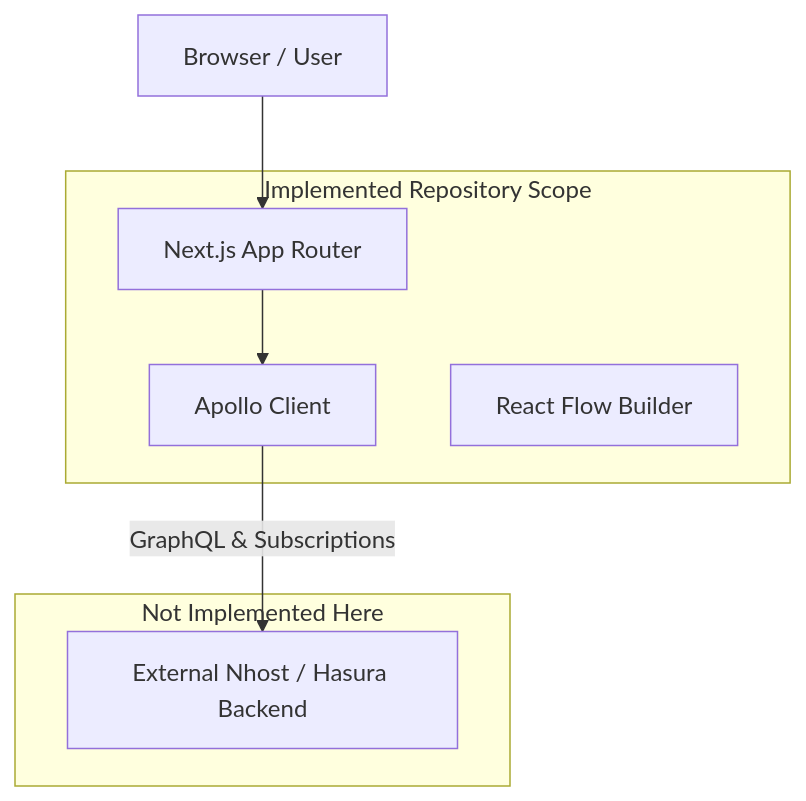
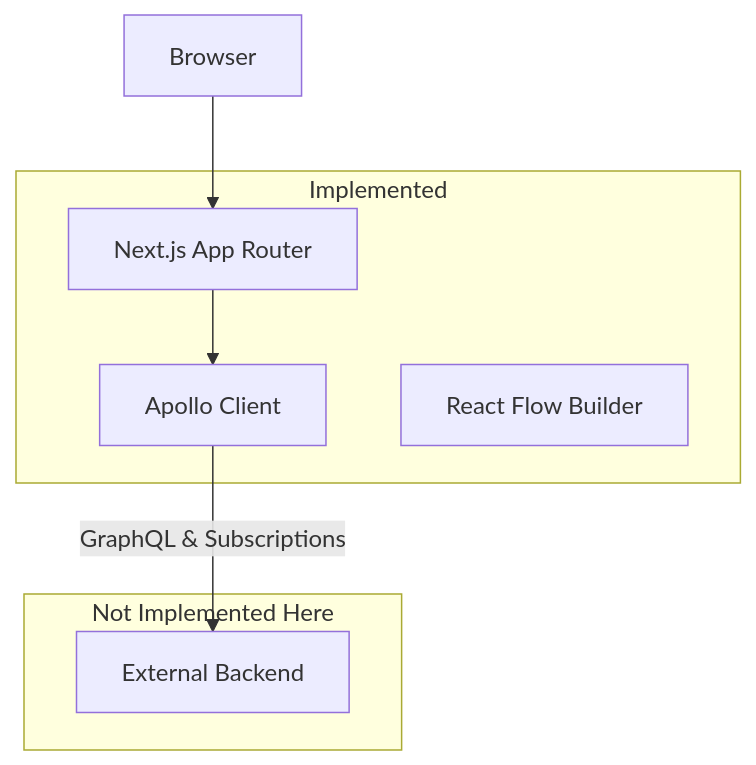
One commit to AbraraliS/ORQEN changed the diagram in README.md. Above: the diagram before and after it, drawn with Mermaid. The commit also changed other lines of this file and 63 other files, not shown here.

````diff
--- a/README.md
+++ b/README.md
@@ -32,16 +32,17 @@
 ```mermaid
 graph TD
-    Browser[Browser / User] --> NextJS[Next.js App Router]
+    Browser[Browser] --> NextJS[Next.js App Router]
     NextJS --> Apollo[Apollo Client]
-    Apollo -->|GraphQL & Subscriptions| NhostBackend[External Nhost / Hasura Backend]
     
-    subgraph Orqen Frontend [Implemented Repository Scope]
+    subgraph Orqen Frontend [Implemented]
         NextJS
         Apollo
         ReactFlow[React Flow Builder]
     end
     
+    Apollo -->|GraphQL & Subscriptions| NhostBackend[External Backend]
+    
     subgraph External Backend [Not Implemented Here]
         NhostBackend
     end
 ```
````
